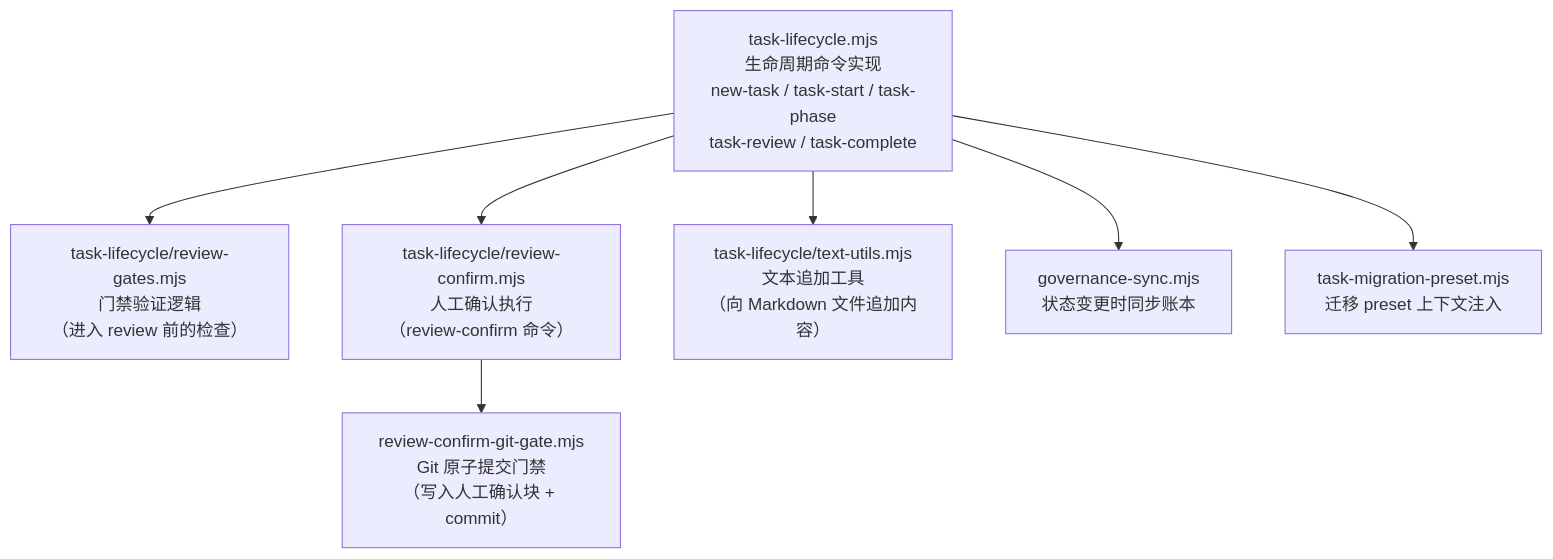
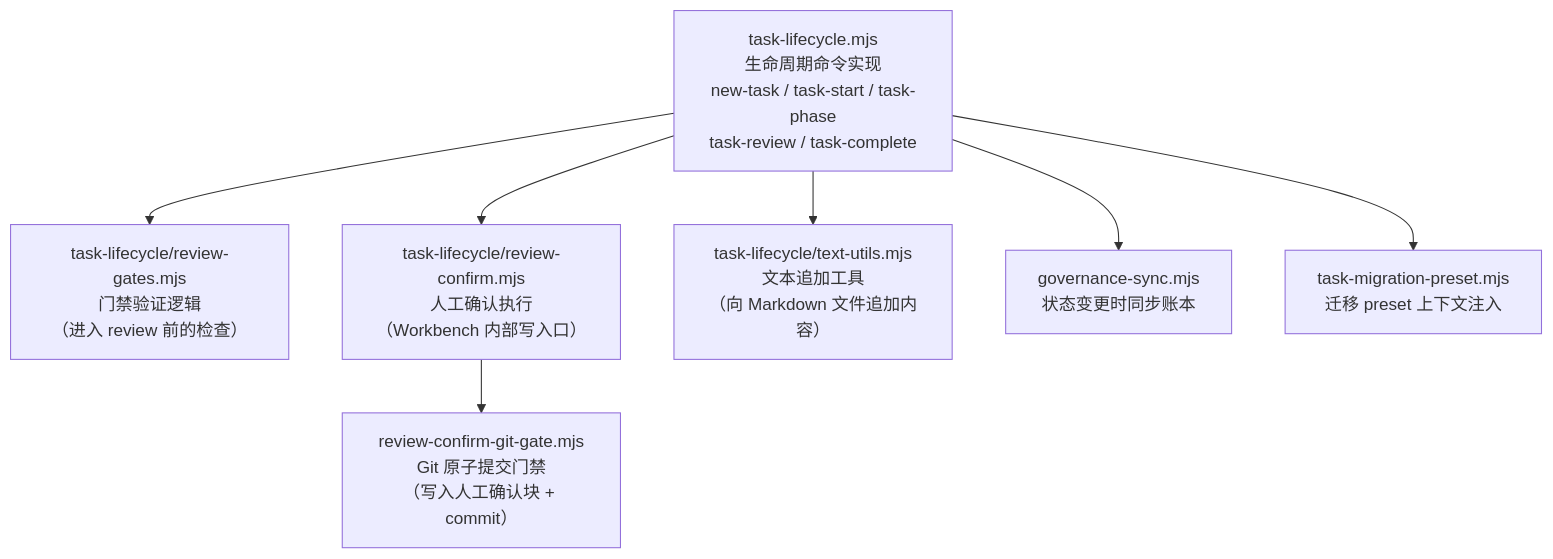
The eighth of 10 diagrams in docs-release/architecture/system-explainer/02-module-dependency.md (FairladyZ625/coding-agent-harness), drawn with Mermaid before and after one commit. The commit also changed other lines of this file and 33 other files, not shown here.

````diff
--- a/docs-release/architecture/system-explainer/02-module-dependency.md
+++ b/docs-release/architecture/system-explainer/02-module-dependency.md
@@ -174,12 +174,12 @@
 ```mermaid
 flowchart TD
   TaskLifecycle["task-lifecycle.mjs\n生命周期命令实现\nnew-task / task-start / task-phase\ntask-review / task-complete"]
 
   TaskLifecycle --> ReviewGates["task-lifecycle/review-gates.mjs\n门禁验证逻辑\n（进入 review 前的检查）"]
-  TaskLifecycle --> ReviewConfirm["task-lifecycle/review-confirm.mjs\n人工确认执行\n（review-confirm 命令）"]
+  TaskLifecycle --> ReviewConfirm["task-lifecycle/review-confirm.mjs\n人工确认执行\n（Workbench 内部写入口）"]
   TaskLifecycle --> TextUtils["task-lifecycle/text-utils.mjs\n文本追加工具\n（向 Markdown 文件追加内容）"]
   TaskLifecycle --> GovSync["governance-sync.mjs\n状态变更时同步账本"]
   TaskLifecycle --> MigPreset["task-migration-preset.mjs\n迁移 preset 上下文注入"]
 
   ReviewConfirm --> GitGate["review-confirm-git-gate.mjs\nGit 原子提交门禁\n（写入人工确认块 + commit）"]
 ```
````
